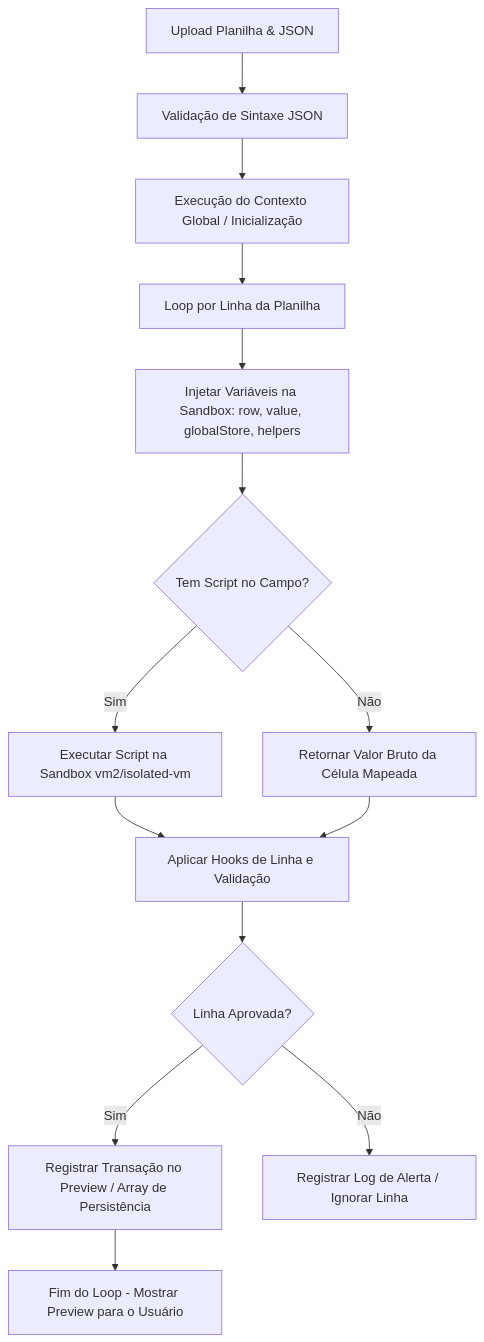
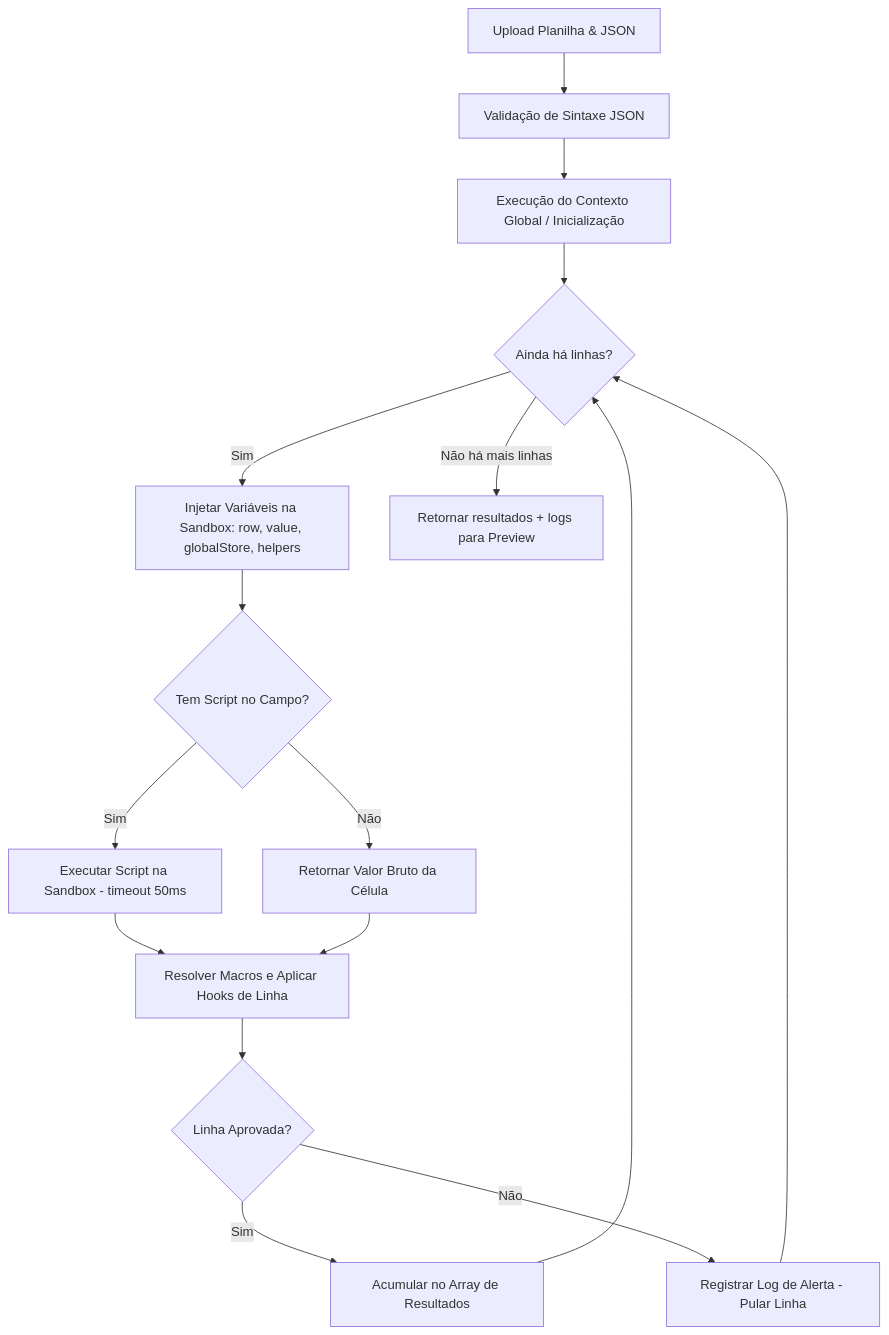
Before and after one commit to josemaramorim/vTalento: the diagram in specs/16-ESTUDO-MOTOR-IMPORTACAO-PROGRAMAVEL.md, drawn with Mermaid. The commit also changed other lines of this file and 13 other files, not shown here.

Commit message:
feat(flowchart): expand visual editor with text sanitizer and webhook alert nodes

````diff
--- a/specs/16-ESTUDO-MOTOR-IMPORTACAO-PROGRAMAVEL.md
+++ b/specs/16-ESTUDO-MOTOR-IMPORTACAO-PROGRAMAVEL.md
@@ -140,16 +145,18 @@
 ```mermaid
 graph TD
     A[Upload Planilha & JSON] --> B[Validação de Sintaxe JSON]
     B --> C[Execução do Contexto Global / Inicialização]
-    C --> D[Loop por Linha da Planilha]
-    D --> E[Injetar Variáveis na Sandbox: row, value, globalStore, helpers]
+    C --> D{Ainda há linhas?}
+    D -- Sim --> E[Injetar Variáveis na Sandbox: row, value, globalStore, helpers]
     E --> F{Tem Script no Campo?}
-    F -- Sim --> G[Executar Script na Sandbox vm2/isolated-vm]
-    F -- Não --> H[Retornar Valor Bruto da Célula Mapeada]
-    G --> I[Aplicar Hooks de Linha e Validação]
+    F -- Sim --> G[Executar Script na Sandbox - timeout 50ms]
+    F -- Não --> H[Retornar Valor Bruto da Célula]
+    G --> I[Resolver Macros e Aplicar Hooks de Linha]
     H --> I
     I --> J{Linha Aprovada?}
-    J -- Sim --> K[Registrar Transação no Preview / Array de Persistência]
-    J -- Não --> L[Registrar Log de Alerta / Ignorar Linha]
-    K --> M[Fim do Loop - Mostrar Preview para o Usuário]
+    J -- Sim --> K[Acumular no Array de Resultados]
+    J -- Não --> L[Registrar Log de Alerta - Pular Linha]
+    K --> D
+    L --> D
+    D -- Não há mais linhas --> M[Retornar resultados + logs para Preview]
 ```
````
